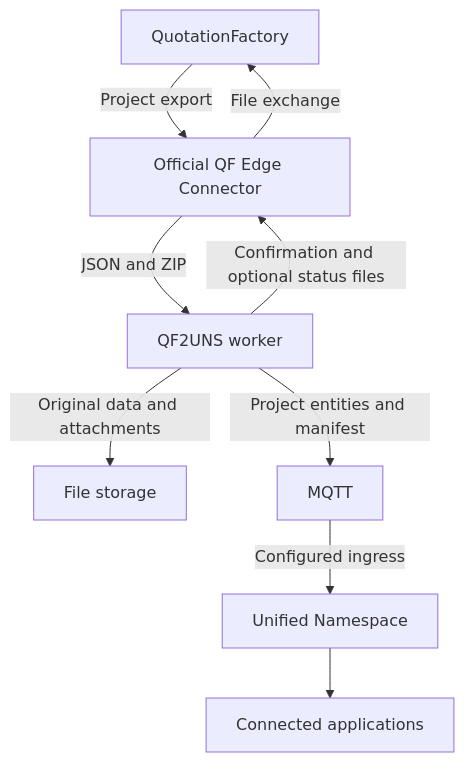
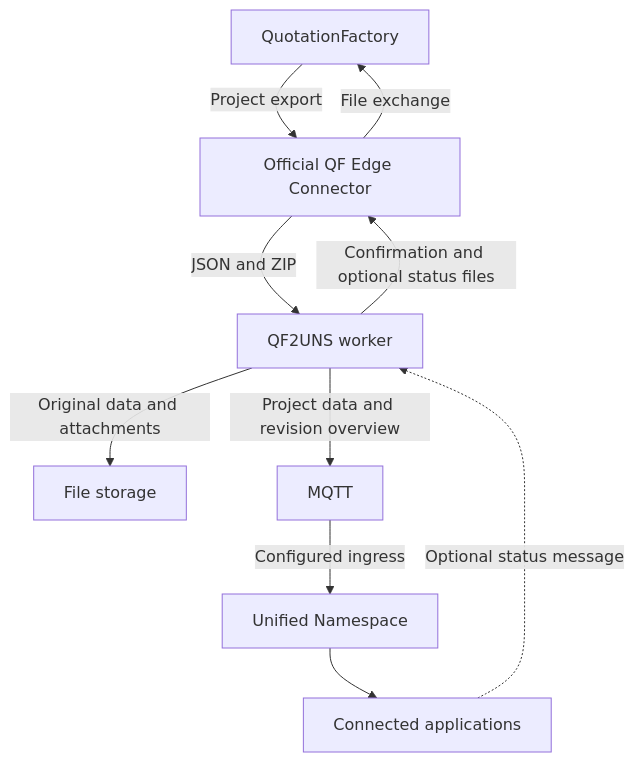
The diagram in qf2uns/overview.mdx (SheetMetalConnect/smc-mintlify), drawn with Mermaid before and after one commit.

Commit message:
docs: clarify QF2UNS feedback and retries

````diff
--- a/qf2uns/overview.mdx
+++ b/qf2uns/overview.mdx
@@ -12,11 +12,12 @@
 ```mermaid
 flowchart TB
   QF["QuotationFactory"] -->|"Project export"| Edge["Official QF Edge Connector"]
   Edge -->|"JSON and ZIP"| Worker["QF2UNS worker"]
   Worker -->|"Original data and attachments"| Store["File storage"]
-  Worker -->|"Project entities and manifest"| MQTT["MQTT"]
+  Worker -->|"Project data and revision overview"| MQTT["MQTT"]
   MQTT -->|"Configured ingress"| UNS["Unified Namespace"]
   UNS --> Consumers["Connected applications"]
+  Consumers -.->|"Optional status message"| Worker
   Worker -->|"Confirmation and optional status files"| Edge
   Edge -->|"File exchange"| QF
 ```
````
